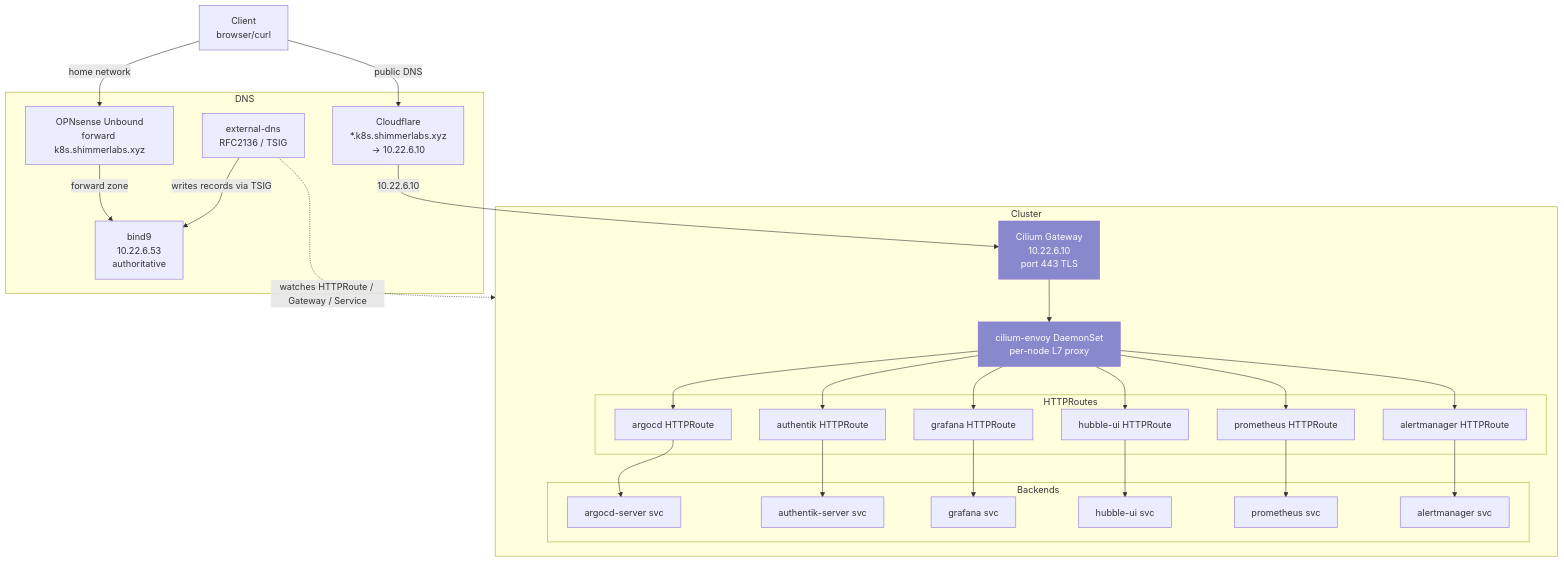
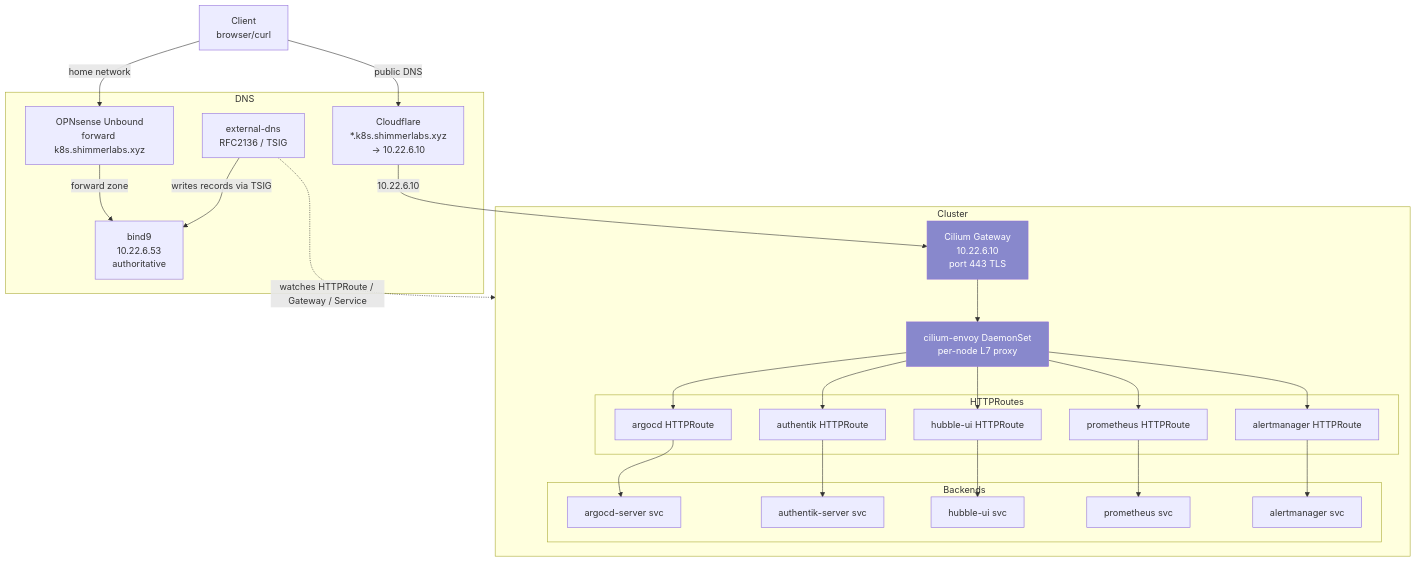
One commit to mralanlee/homelab changed the third of 8 diagrams in docs/architecture.md. Above: the diagram before and after it, drawn with Mermaid. The commit also changed other lines of this file and 15 other files, not shown here.

First line of the commit message:
chore(grafana): remove Grafana and the homelab-dashboards chart (#21)

````diff
--- a/docs/architecture.md
+++ b/docs/architecture.md
@@ -80,53 +80,50 @@
 ```mermaid
 graph TB
     Client[Client<br/>browser/curl]
 
     subgraph DNS
         CFDNS[Cloudflare<br/>*.k8s.shimmerlabs.xyz<br/>→ 10.22.6.10]
         Unbound[OPNsense Unbound<br/>forward k8s.shimmerlabs.xyz]
         BIND[bind9<br/>10.22.6.53<br/>authoritative]
         EDNS[external-dns<br/>RFC2136 / TSIG]
     end
 
     Client -->|public DNS| CFDNS
     Client -->|home network| Unbound
     Unbound -->|forward zone| BIND
     EDNS -->|writes records via TSIG| BIND
     EDNS -.->|watches HTTPRoute / Gateway / Service| Cluster
 
     subgraph Cluster
         Gateway[Cilium Gateway<br/>10.22.6.10<br/>port 443 TLS]
         Envoy[cilium-envoy DaemonSet<br/>per-node L7 proxy]
 
         HTTPRoutes
         subgraph HTTPRoutes
             R1[argocd HTTPRoute]
             R2[authentik HTTPRoute]
-            R3[grafana HTTPRoute]
             R4[hubble-ui HTTPRoute]
             R5[prometheus HTTPRoute]
             R6[alertmanager HTTPRoute]
         end
 
         subgraph Backends
             B1[argocd-server svc]
             B2[authentik-server svc]
-            B3[grafana svc]
             B4[hubble-ui svc]
             B5[prometheus svc]
             B6[alertmanager svc]
         end
     end
 
     CFDNS -->|10.22.6.10| Gateway
     Gateway --> Envoy
     Envoy --> R1 --> B1
     Envoy --> R2 --> B2
-    Envoy --> R3 --> B3
     Envoy --> R4 --> B4
     Envoy --> R5 --> B5
     Envoy --> R6 --> B6
 
     style Gateway fill:#88c,color:#fff
     style Envoy fill:#88c,color:#fff
 ```
````
